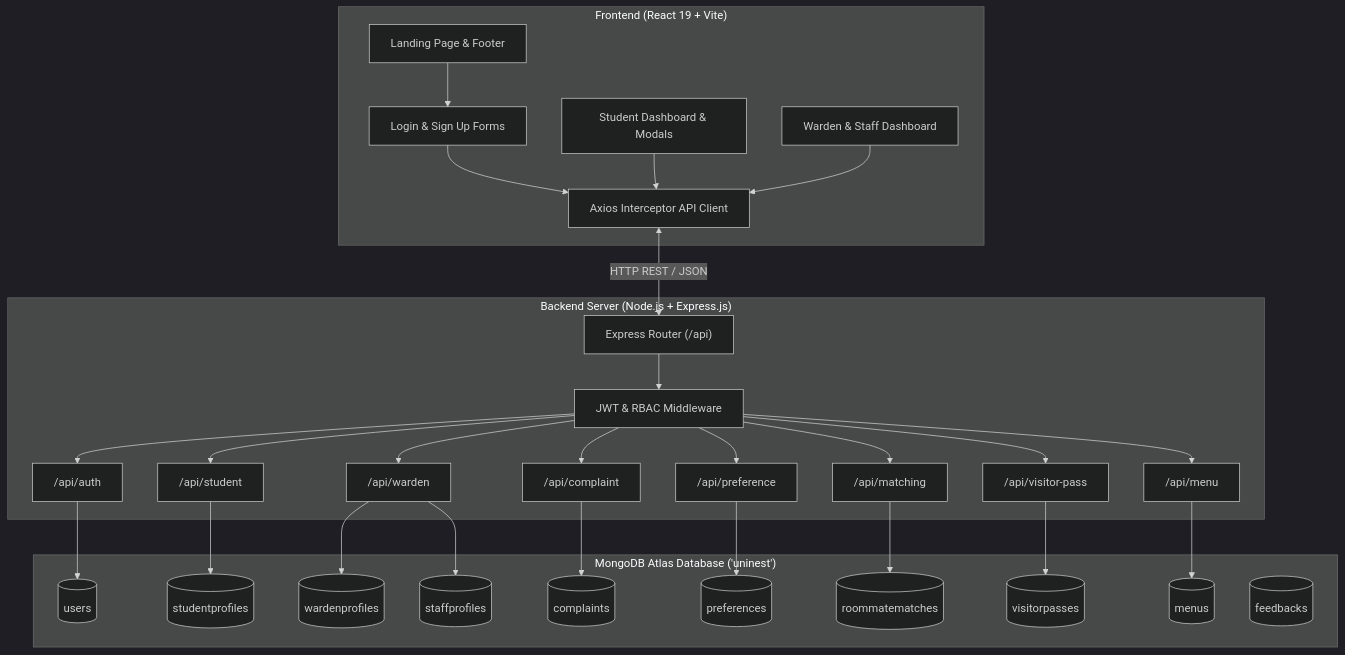
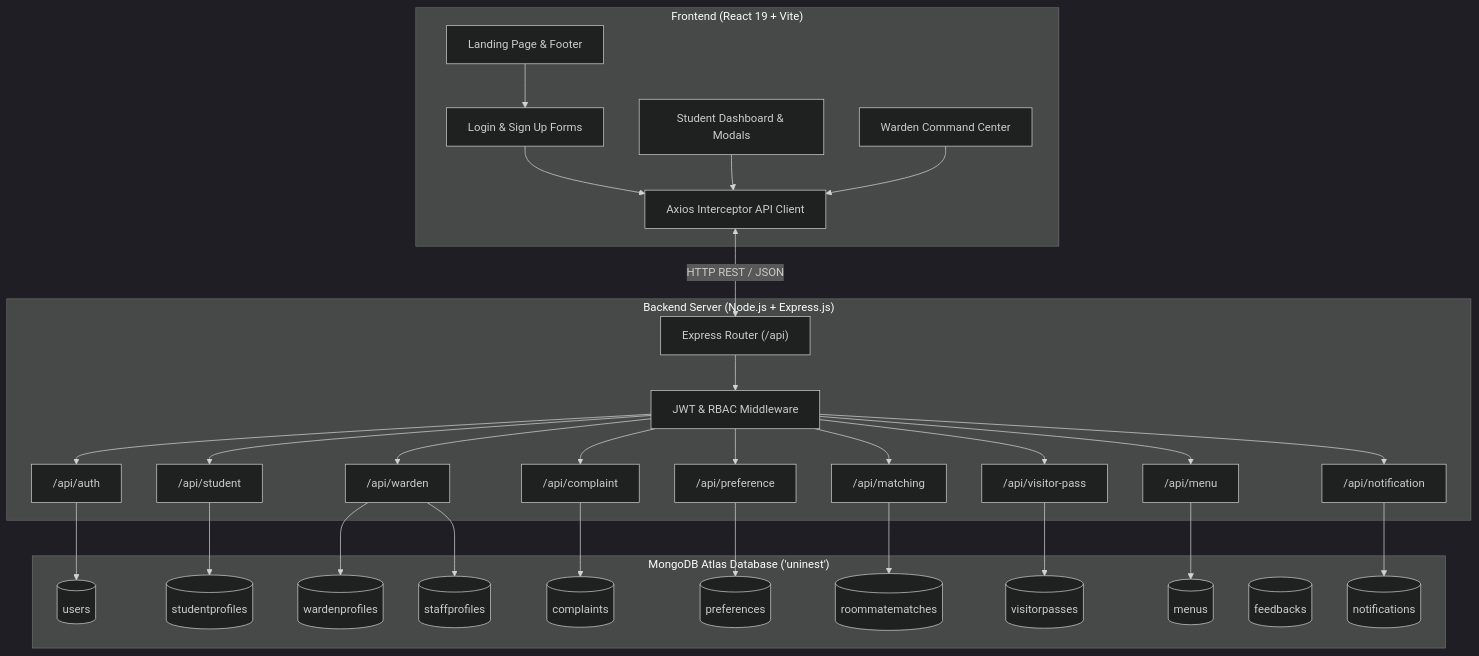
The first of 2 diagrams in README.md (Kalash098676/UniNext-hostellers-), drawn with Mermaid (dark theme) before and after one commit. The commit also changed other lines of this file and 20 other files, not shown here.

Commit message:
feat: complete warden dashboard, visitor passes, 50 roommate matches & reports

````diff
--- a/README.md
+++ b/README.md
@@ -129,64 +146,68 @@
 ```mermaid
 graph TD
     subgraph Client ["Frontend (React 19 + Vite)"]
         LandingPage["Landing Page & Footer"]
         AuthForms["Login & Sign Up Forms"]
         StudentDash["Student Dashboard & Modals"]
-        WardenDash["Warden & Staff Dashboard"]
+        WardenDash["Warden Command Center"]
         AxiosClient["Axios Interceptor API Client"]
         
         LandingPage --> AuthForms
         AuthForms --> AxiosClient
         StudentDash --> AxiosClient
         WardenDash --> AxiosClient
     end
 
     subgraph Server ["Backend Server (Node.js + Express.js)"]
         Router["Express Router (/api)"]
         AuthMiddleware["JWT & RBAC Middleware"]
         
         AuthRoute["/api/auth"]
         StudentRoute["/api/student"]
         PrefRoute["/api/preference"]
         ComplaintRoute["/api/complaint"]
         MatchRoute["/api/matching"]
         VisitorRoute["/api/visitor-pass"]
         MenuRoute["/api/menu"]
         WardenRoute["/api/warden"]
+        NotifRoute["/api/notification"]
 
         Router --> AuthMiddleware
         AuthMiddleware --> AuthRoute
         AuthMiddleware --> StudentRoute
         AuthMiddleware --> PrefRoute
         AuthMiddleware --> ComplaintRoute
         AuthMiddleware --> MatchRoute
         AuthMiddleware --> VisitorRoute
         AuthMiddleware --> MenuRoute
         AuthMiddleware --> WardenRoute
+        AuthMiddleware --> NotifRoute
     end
 
     subgraph DB ["MongoDB Atlas Database ('uninest')"]
         Users[("users")]
         StudentProfiles[("studentprofiles")]
         WardenProfiles[("wardenprofiles")]
         StaffProfiles[("staffprofiles")]
         Complaints[("complaints")]
         Preferences[("preferences")]
         Matches[("roommatematches")]
         Passes[("visitorpasses")]
         Menus[("menus")]
         Feedbacks[("feedbacks")]
+        Notifications[("notifications")]
     end
 
     AxiosClient <-->|"HTTP REST / JSON"| Router
 
     AuthRoute --> Users
     StudentRoute --> StudentProfiles
     PrefRoute --> Preferences
     ComplaintRoute --> Complaints
     MatchRoute --> Matches
     VisitorRoute --> Passes
     MenuRoute --> Menus
     WardenRoute --> StaffProfiles
     WardenRoute --> WardenProfiles
+    NotifRoute --> Notifications
 ```
````
